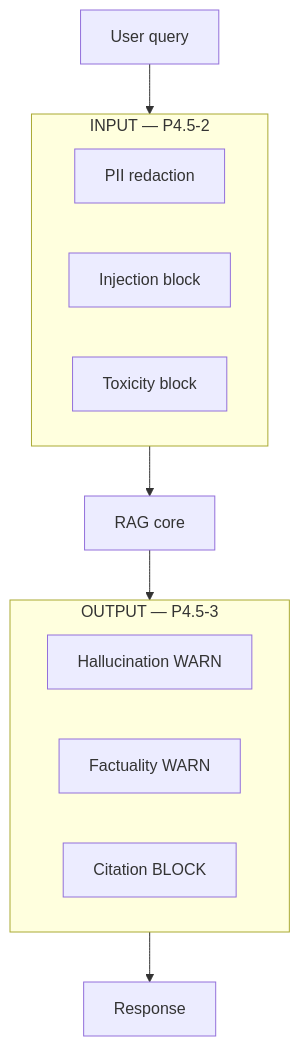
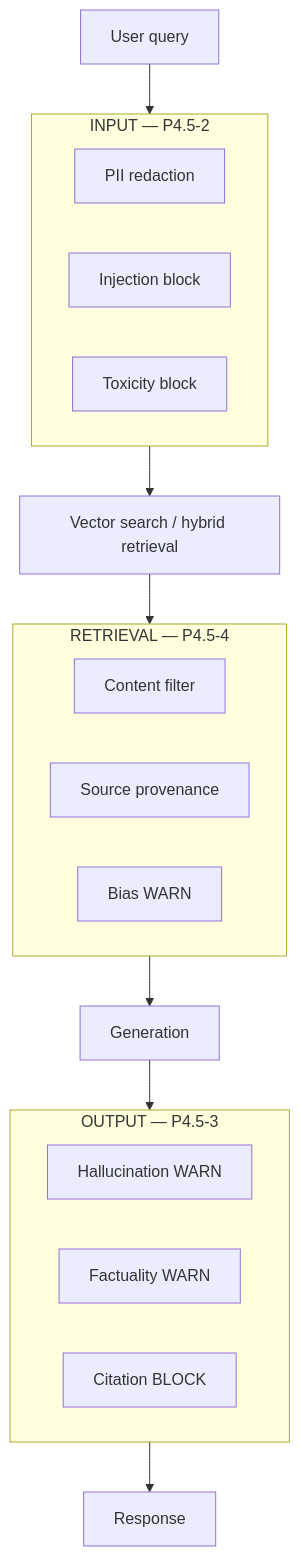
Diagram 60 of 60 in docs/internal/PROJECT_SYSTEM_DESIGN_EVOLUTION.md (anulsasidharan/Unified-RAG-Studio), drawn with Mermaid before and after one commit. The commit also changed other lines of this file and 14 other files, not shown here.

````diff
--- a/docs/internal/PROJECT_SYSTEM_DESIGN_EVOLUTION.md
+++ b/docs/internal/PROJECT_SYSTEM_DESIGN_EVOLUTION.md
@@ -2185,17 +2205,24 @@
 ```mermaid
 flowchart TB
   subgraph IN [INPUT — P4.5-2]
     PII[PII redaction]
     INJ[Injection block]
     TOX[Toxicity block]
   end
+  subgraph RET [RETRIEVAL — P4.5-4]
+    CF[Content filter]
+    SP[Source provenance]
+    BH[Bias WARN]
+  end
   subgraph OUT [OUTPUT — P4.5-3]
     HAL[Hallucination WARN]
     FAC[Factuality WARN]
     CIT[Citation BLOCK]
   end
   U[User query] --> IN
-  IN --> RAG[RAG core]
-  RAG --> OUT
+  IN --> VS[Vector search / hybrid retrieval]
+  VS --> RET
+  RET --> GEN[Generation]
+  GEN --> OUT
   OUT --> R[Response]
 ```
````
